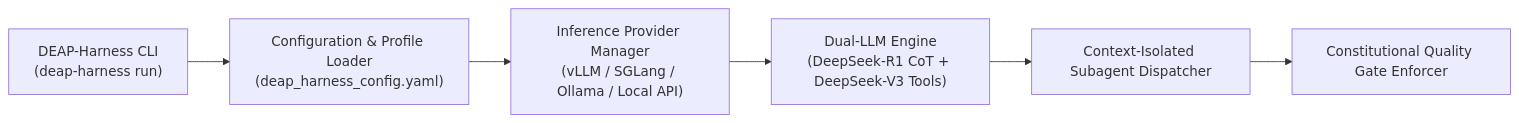
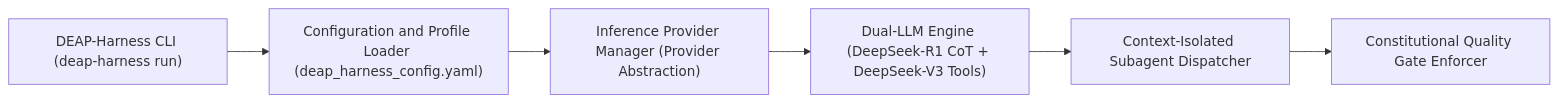
Before and after one commit to gintatkinson/DEAP-spec-core: the second of 3 diagrams in docs/architecture/blueprints/DEAP_DEEPSEEK_HARNESS_INTEGRATION_BLUEPRINT.md, drawn with Mermaid. The commit also changed other lines of this file and 14 other files, not shown here.

````diff
--- a/docs/architecture/blueprints/DEAP_DEEPSEEK_HARNESS_INTEGRATION_BLUEPRINT.md
+++ b/docs/architecture/blueprints/DEAP_DEEPSEEK_HARNESS_INTEGRATION_BLUEPRINT.md
@@ -53,8 +53,8 @@
 ```mermaid
 flowchart LR
-    CLI["DEAP-Harness CLI\n(deap-harness run)"] --> ConfigLoader["Configuration & Profile Loader\n(deap_harness_config.yaml)"]
-    ConfigLoader --> ProviderManager["Inference Provider Manager\n(vLLM / SGLang / Ollama / Local API)"]
-    ProviderManager --> DualEngine["Dual-LLM Engine\n(DeepSeek-R1 CoT + DeepSeek-V3 Tools)"]
+    CLI["DEAP-Harness CLI (deap-harness run)"] --> ConfigLoader["Configuration and Profile Loader (deap_harness_config.yaml)"]
+    ConfigLoader --> ProviderManager["Inference Provider Manager (Provider Abstraction)"]
+    ProviderManager --> DualEngine["Dual-LLM Engine (DeepSeek-R1 CoT + DeepSeek-V3 Tools)"]
     DualEngine --> SubagentDispatcher["Context-Isolated Subagent Dispatcher"]
     SubagentDispatcher --> GateEnforcer["Constitutional Quality Gate Enforcer"]
 ```
````
